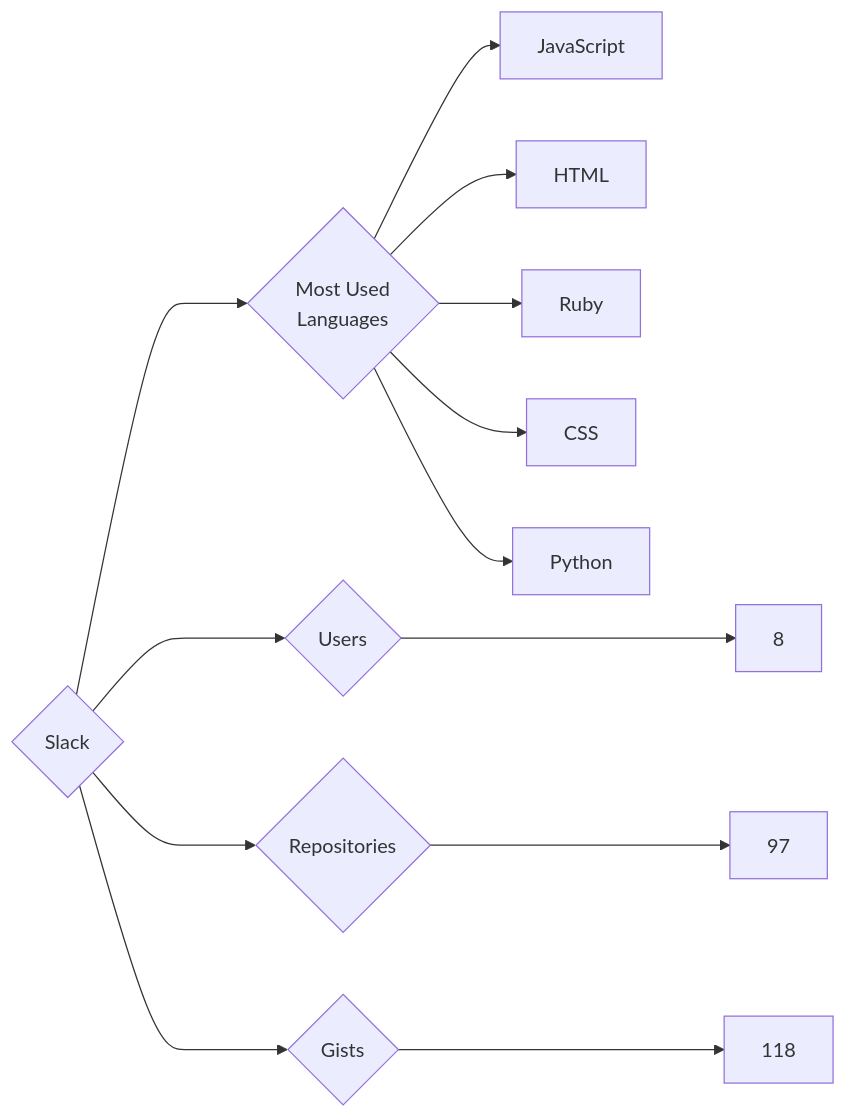
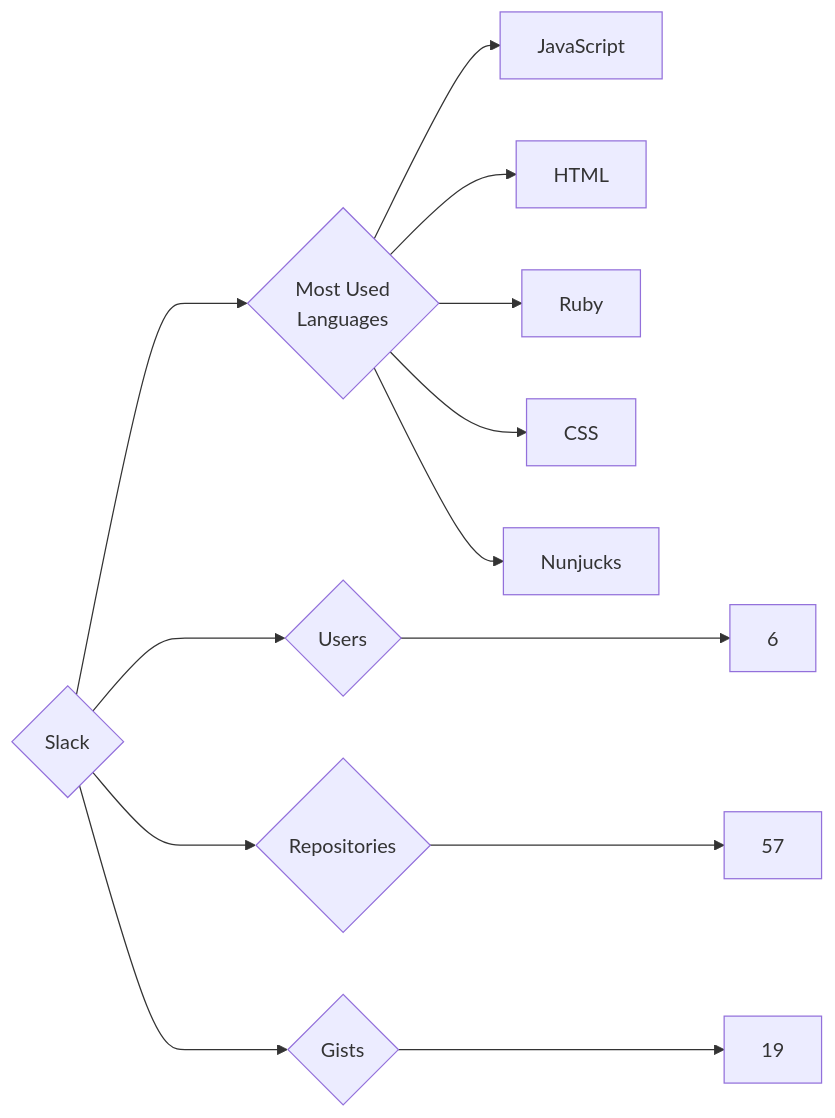
Before and after one commit to trickest/insiders: the diagram in targets/Slack/README.md, drawn with Mermaid. The commit also changed 1508 other files, not shown here.

````diff
--- a/targets/Slack/README.md
+++ b/targets/Slack/README.md
@@ -3,13 +3,13 @@
 ```mermaid
 graph LR
 COMPANY_NAME{Slack}
-COMPANY_NAME ---> U{Users} ---> UN[8]
-COMPANY_NAME ---> R{Repositories} ---> RN[97]
-COMPANY_NAME ---> G{Gists} ---> GN[118]
+COMPANY_NAME ---> U{Users} ---> UN[6]
+COMPANY_NAME ---> R{Repositories} ---> RN[57]
+COMPANY_NAME ---> G{Gists} ---> GN[19]
 COMPANY_NAME ---> ML{Most Used<br>Languages}
 ML --> JavaScript[JavaScript]
 ML --> HTML[HTML]
 ML --> Ruby[Ruby]
 ML --> CSS[CSS]
-ML --> Python[Python]
+ML --> Nunjucks[Nunjucks]
 ```
````
